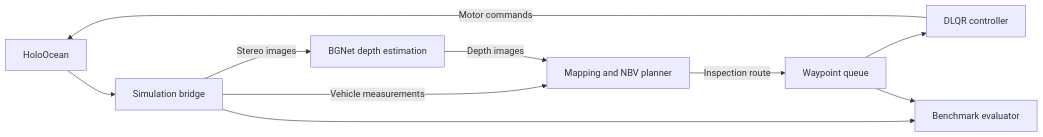
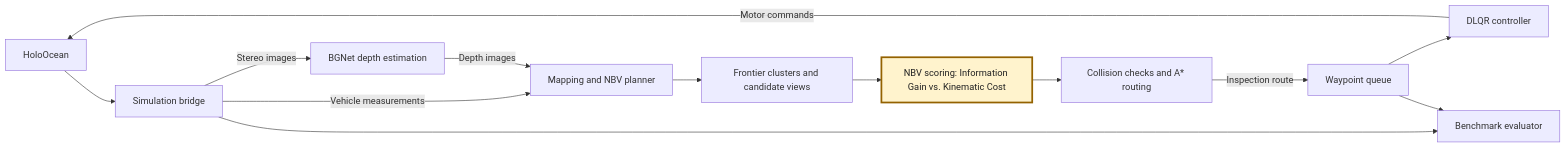
One commit to metinegearal/auv-nbv-inspection changed the diagram in README.md. Above: the diagram before and after it, drawn with Mermaid. The commit also changed other lines of this file and 455 other files, not shown here.

````diff
--- a/README.md
+++ b/README.md
@@ -34,12 +43,16 @@
 ```mermaid
 flowchart LR
     S[HoloOcean] --> B[Simulation bridge]
     B -->|Stereo images| P[BGNet depth estimation]
     B -->|Vehicle measurements| N[Mapping and NBV planner]
     P -->|Depth images| N
-    N -->|Inspection route| Q[Waypoint queue]
+    N --> V[Frontier clusters and candidate views]
+    V --> U["NBV scoring: Information Gain vs. Kinematic Cost"]
+    U --> R[Collision checks and A* routing]
+    R -->|Inspection route| Q[Waypoint queue]
     Q --> C[DLQR controller]
     C -->|Motor commands| S
     B --> E[Benchmark evaluator]
     Q --> E
+    style U fill:#fff3cd,stroke:#946200,stroke-width:3px,color:#222
 ```
````
